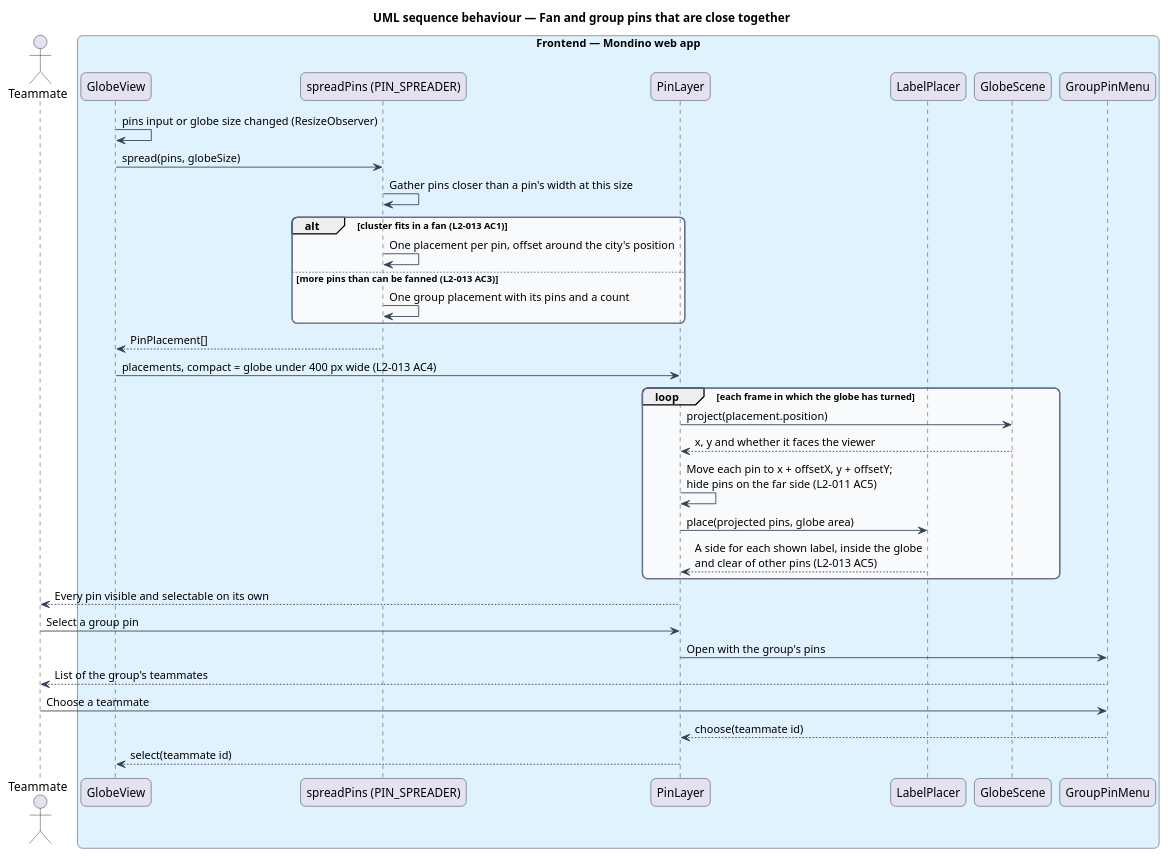
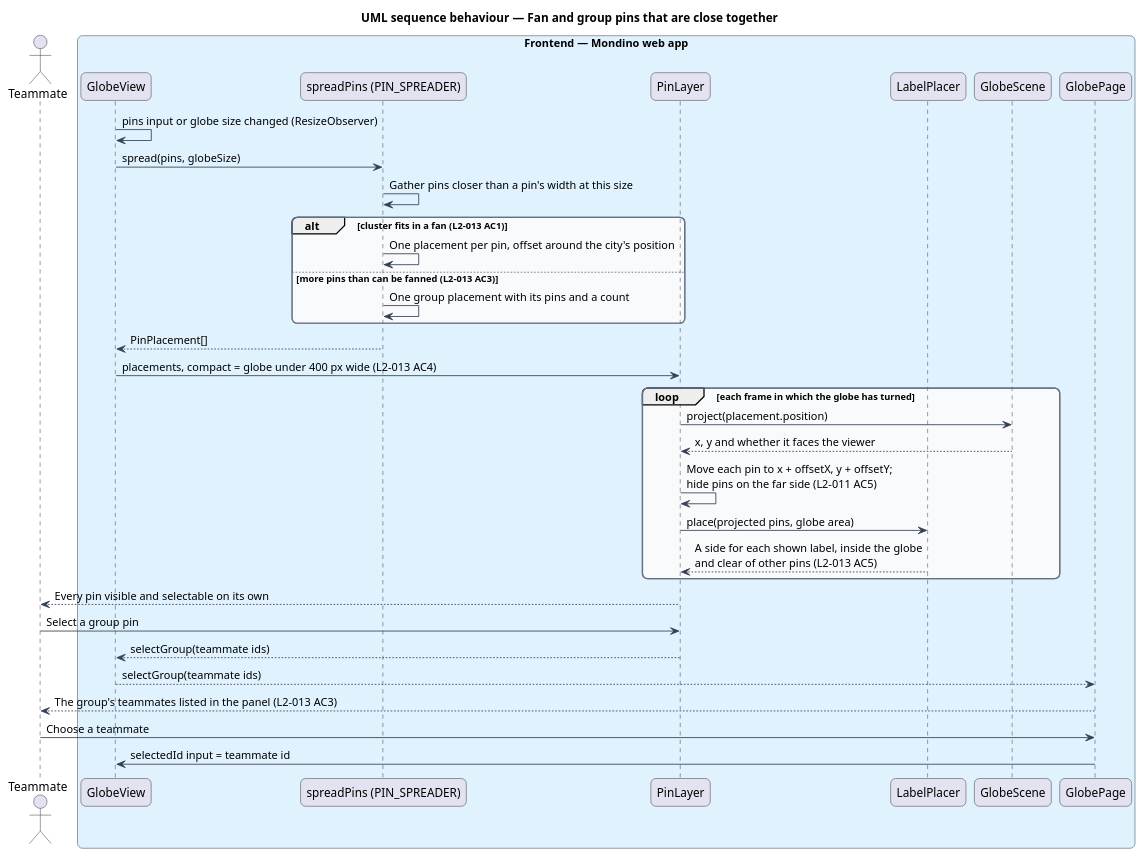
Before and after one commit to QuinntyneBrown/Mondino: the diagram in docs/detailed-designs/globe/show-pins/diagrams/sequence-spread-pins.puml, drawn with PlantUML. The commit also changed 7 other files, not shown here.

```diff
--- a/docs/detailed-designs/globe/show-pins/diagrams/sequence-spread-pins.puml
+++ b/docs/detailed-designs/globe/show-pins/diagrams/sequence-spread-pins.puml
@@ -1,50 +1,50 @@
 @startuml
 title UML sequence behaviour — Fan and group pins that are close together
 skinparam backgroundColor #FFFFFF
 skinparam shadowing false
 skinparam roundcorner 12
 skinparam defaultFontName Arial
 skinparam ArrowColor #344054
 skinparam rectangle {
   BorderColor #344054
   FontColor #101828
 }
 skinparam package {
   BorderColor #667085
   FontColor #101828
   BackgroundColor #F9FAFB
 }
 actor "Teammate" as actor
 box "Frontend — Mondino web app" #E0F2FE
   participant "GlobeView" as view
   participant "spreadPins (PIN_SPREADER)" as spread
   participant "PinLayer" as layer
   participant "LabelPlacer" as labels
   participant "GlobeScene" as scene
-  participant "GroupPinMenu" as menu
+  participant "GlobePage" as page
 end box
 view -> view : pins input or globe size changed (ResizeObserver)
 view -> spread : spread(pins, globeSize)
 spread -> spread : Gather pins closer than a pin's width at this size
 alt cluster fits in a fan (L2-013 AC1)
   spread -> spread : One placement per pin, offset around the city's position
 else more pins than can be fanned (L2-013 AC3)
   spread -> spread : One group placement with its pins and a count
 end
 spread --> view : PinPlacement[]
 view -> layer : placements, compact = globe under 400 px wide (L2-013 AC4)
 loop each frame in which the globe has turned
   layer -> scene : project(placement.position)
   scene --> layer : x, y and whether it faces the viewer
   layer -> layer : Move each pin to x + offsetX, y + offsetY;\nhide pins on the far side (L2-011 AC5)
   layer -> labels : place(projected pins, globe area)
   labels --> layer : A side for each shown label, inside the globe\nand clear of other pins (L2-013 AC5)
 end
 layer --> actor : Every pin visible and selectable on its own
 actor -> layer : Select a group pin
-layer -> menu : Open with the group's pins
-menu --> actor : List of the group's teammates
-actor -> menu : Choose a teammate
-menu --> layer : choose(teammate id)
-layer --> view : select(teammate id)
+layer --> view : selectGroup(teammate ids)
+view --> page : selectGroup(teammate ids)
+page --> actor : The group's teammates listed in the panel (L2-013 AC3)
+actor -> page : Choose a teammate
+page -> view : selectedId input = teammate id
 @enduml
```
